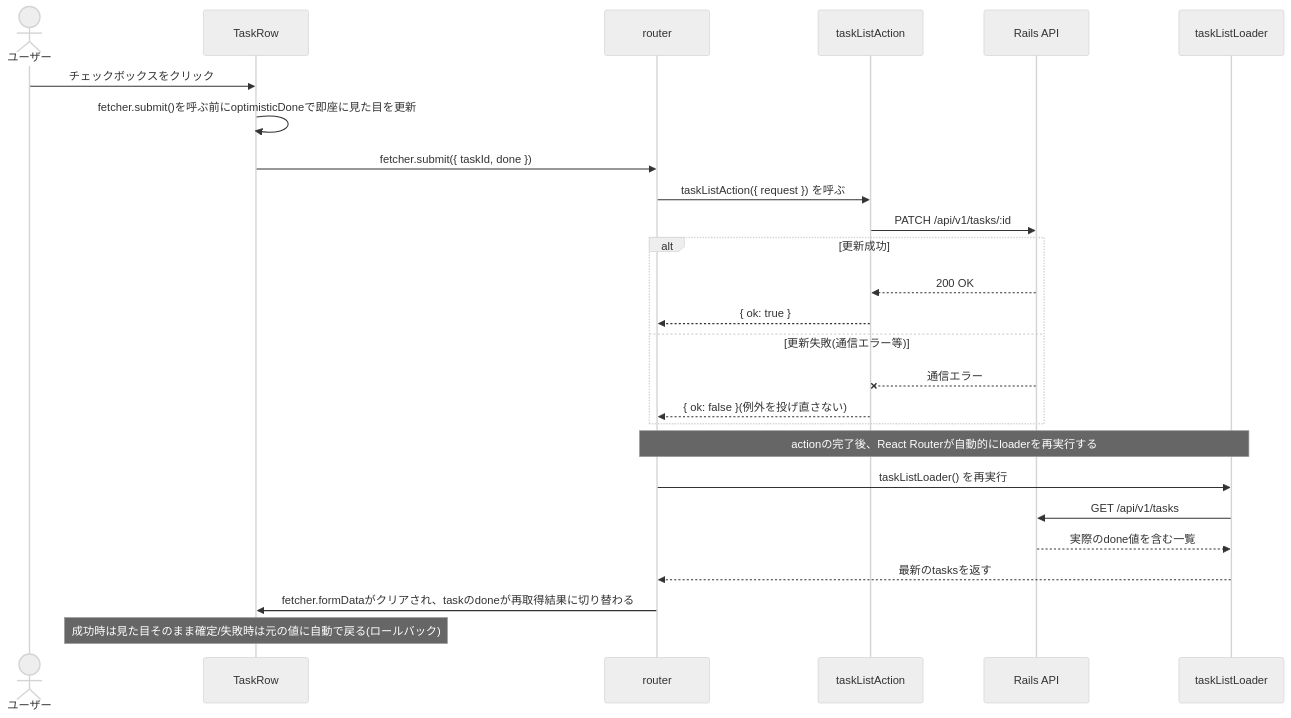
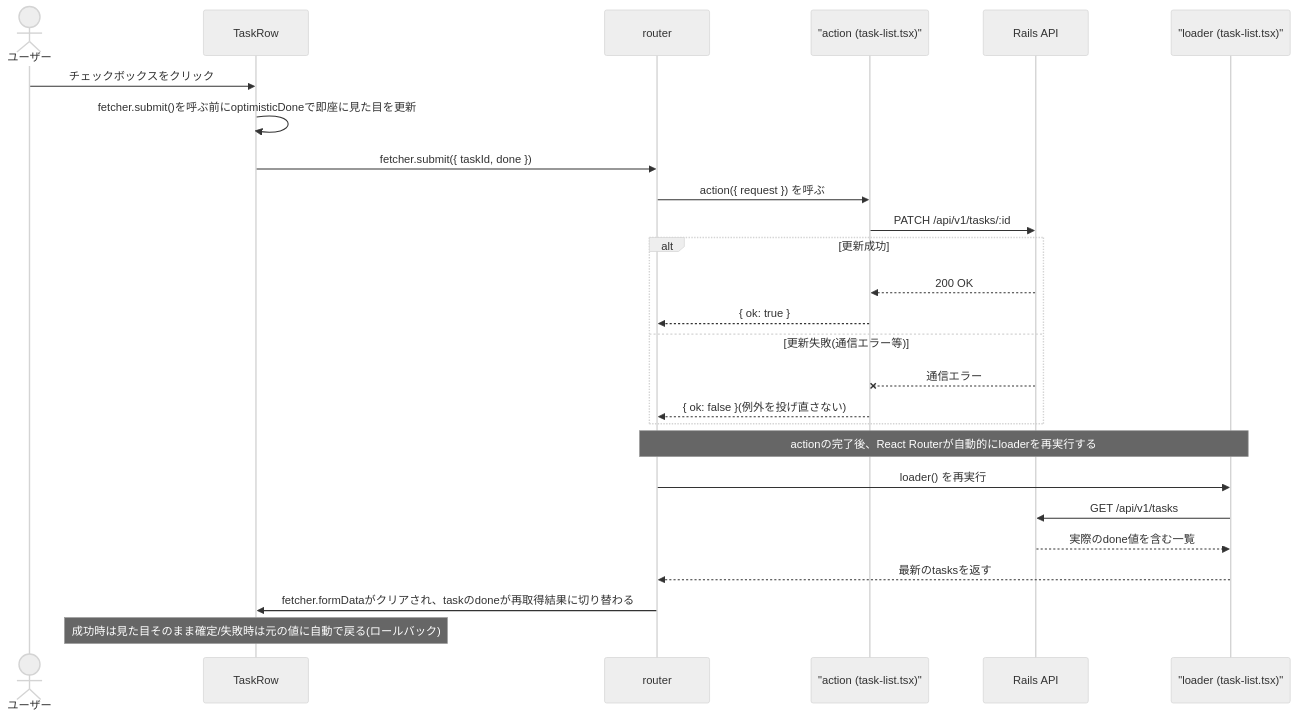
Before and after one commit to to0526/rr8-rails-poc: the fourth of 7 diagrams in docs/frontend-guide-for-rails-engineers.md, drawn with Mermaid (neutral theme). The commit also changed other lines of this file, not shown here.

````diff
--- a/docs/frontend-guide-for-rails-engineers.md
+++ b/docs/frontend-guide-for-rails-engineers.md
@@ -326,31 +377,31 @@
 ```mermaid
 sequenceDiagram
     actor User as ユーザー
     participant Row as TaskRow
     participant RR as router
-    participant Action as taskListAction
+    participant Action as "action (task-list.tsx)"
     participant Rails as Rails API
-    participant Loader as taskListLoader
+    participant Loader as "loader (task-list.tsx)"
 
     User->>Row: チェックボックスをクリック
     Row->>Row: fetcher.submit()を呼ぶ前にoptimisticDoneで即座に見た目を更新
     Row->>RR: fetcher.submit({ taskId, done })
-    RR->>Action: taskListAction({ request }) を呼ぶ
+    RR->>Action: action({ request }) を呼ぶ
     Action->>Rails: PATCH /api/v1/tasks/:id
 
     alt 更新成功
         Rails-->>Action: 200 OK
         Action-->>RR: { ok: true }
     else 更新失敗(通信エラー等)
         Rails--xAction: 通信エラー
         Action-->>RR: { ok: false }(例外を投げ直さない)
     end
 
     Note over RR,Loader: actionの完了後、React Routerが自動的にloaderを再実行する
-    RR->>Loader: taskListLoader() を再実行
+    RR->>Loader: loader() を再実行
     Loader->>Rails: GET /api/v1/tasks
     Rails-->>Loader: 実際のdone値を含む一覧
     Loader-->>RR: 最新のtasksを返す
     RR->>Row: fetcher.formDataがクリアされ、taskのdoneが再取得結果に切り替わる
     Note over Row: 成功時は見た目そのまま確定/失敗時は元の値に自動で戻る(ロールバック)
 ```
````
